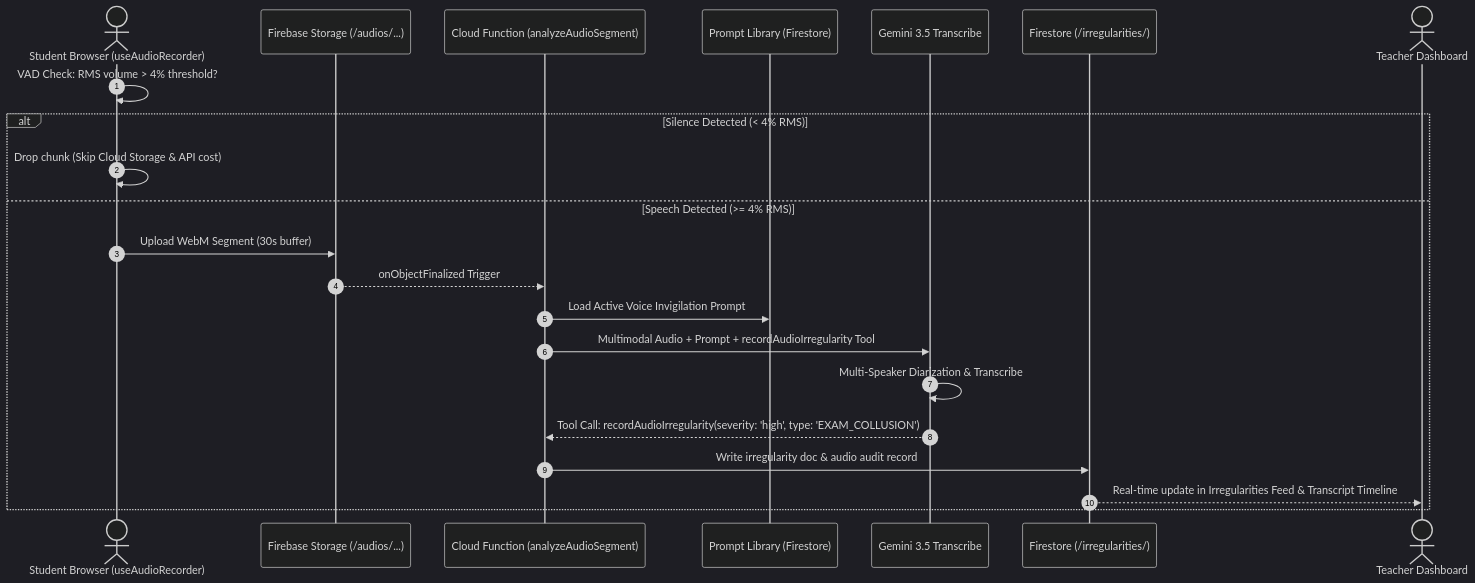
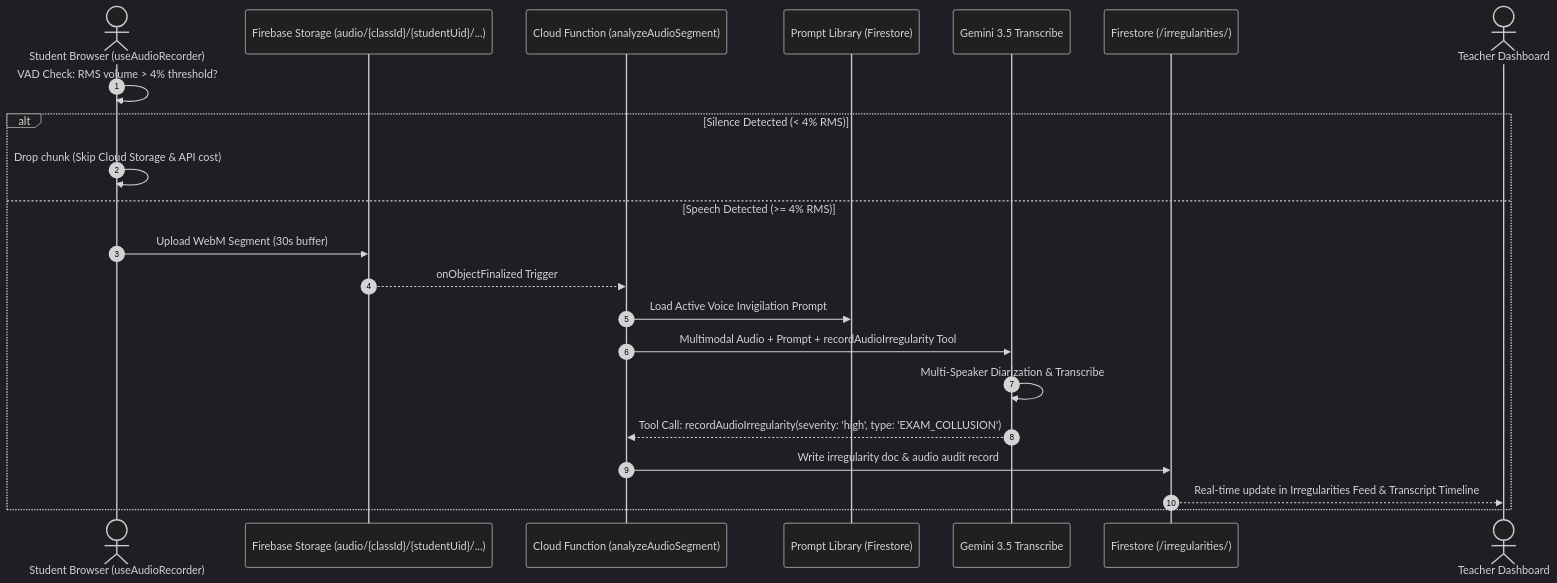
One commit to wongcyrus/Google-AI-Classroom changed the fourth of 7 diagrams in docs/audio-invigilation-and-transcription.md. Above: the diagram before and after it, drawn with Mermaid (dark theme). The commit also changed other lines of this file and 1 other file, not shown here.

Commit message:
docs: clarify direct-to-bucket uploadBytes + storage.rules vs pre-signed read URLs

````diff
--- a/docs/audio-invigilation-and-transcription.md
+++ b/docs/audio-invigilation-and-transcription.md
@@ -151,25 +155,25 @@
 ```mermaid
 sequenceDiagram
     autonumber
     actor S as Student Browser (useAudioRecorder)
-    participant CS as Firebase Storage (/audios/...)
+    participant CS as Firebase Storage (audio/{classId}/{studentUid}/...)
     participant CF as Cloud Function (analyzeAudioSegment)
     participant PL as Prompt Library (Firestore)
     participant G as Gemini 3.5 Transcribe
     participant DB as Firestore (/irregularities/)
     actor T as Teacher Dashboard
 
     S->>S: VAD Check: RMS volume > 4% threshold?
     alt Silence Detected (< 4% RMS)
         S->>S: Drop chunk (Skip Cloud Storage & API cost)
     else Speech Detected (>= 4% RMS)
         S->>CS: Upload WebM Segment (30s buffer)
         CS-->>CF: onObjectFinalized Trigger
         CF->>PL: Load Active Voice Invigilation Prompt
         CF->>G: Multimodal Audio + Prompt + recordAudioIrregularity Tool
         G->>G: Multi-Speaker Diarization & Transcribe
         G-->>CF: Tool Call: recordAudioIrregularity(severity: 'high', type: 'EXAM_COLLUSION')
         CF->>DB: Write irregularity doc & audio audit record
         DB-->>T: Real-time update in Irregularities Feed & Transcript Timeline
     end
 ```
````
